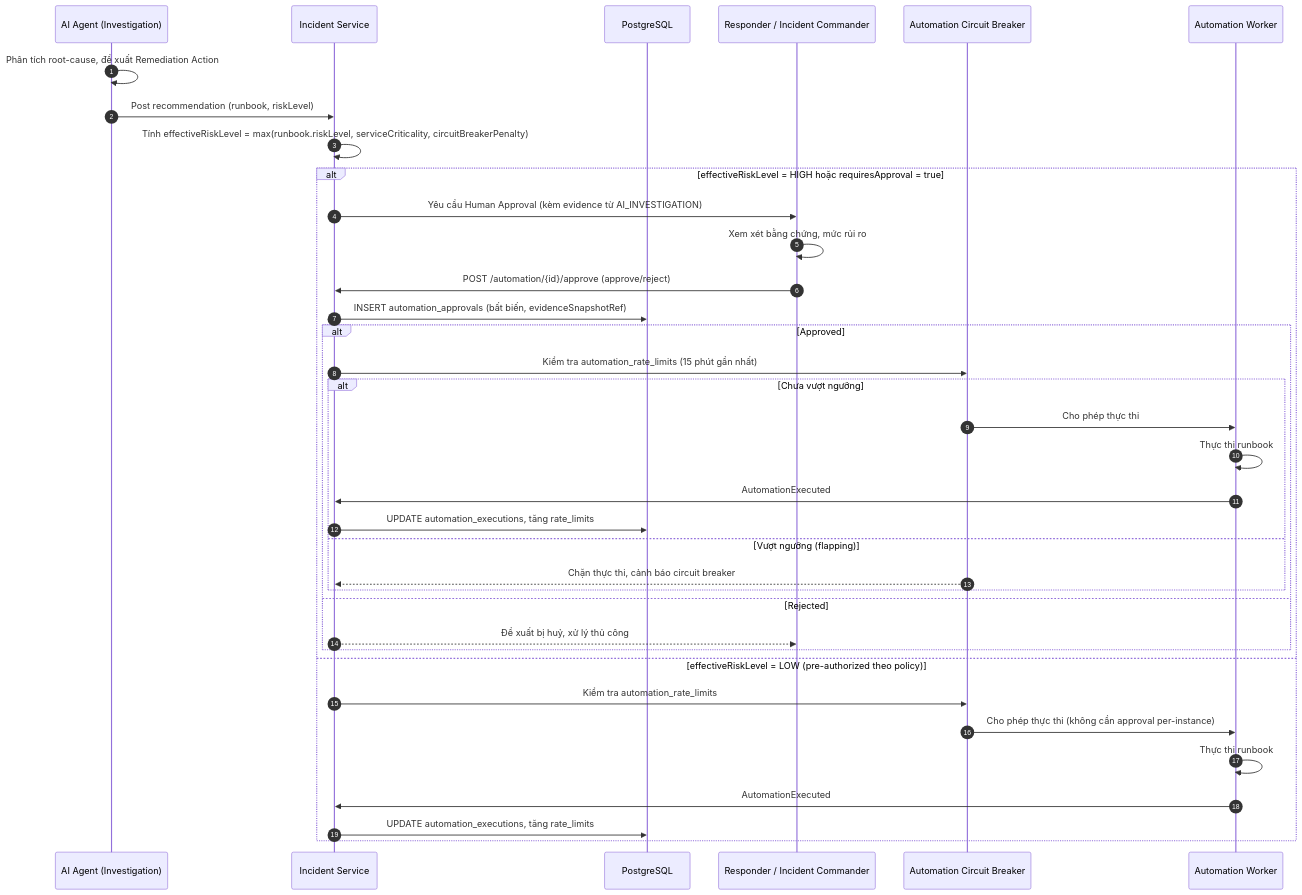
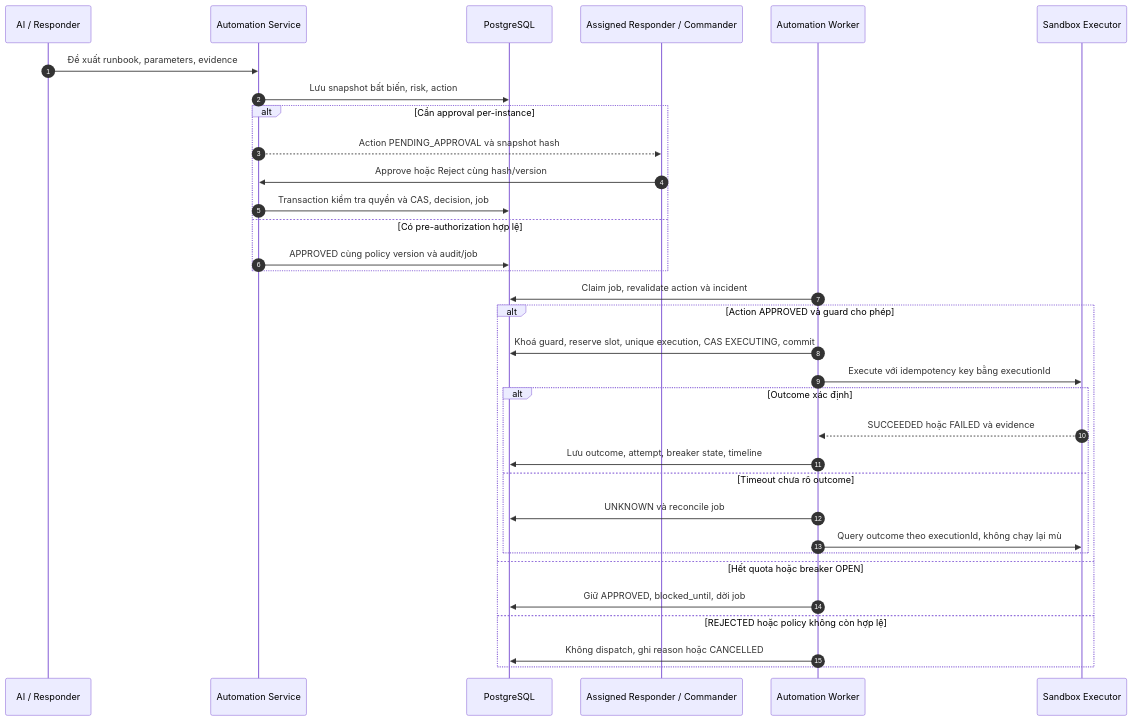
Before and after one commit to NguyenBao0305/Intelligent-Incident-Reliability-Operations-Platform: the seventh of 16 diagrams in README.md, drawn with Mermaid. The commit also changed other lines of this file, not shown here.

````diff
--- a/README.md
+++ b/README.md
@@ -856,42 +772,35 @@
 ```mermaid
 sequenceDiagram
     autonumber
-    participant AI as AI Agent (Investigation)
-    participant INC as Incident Service
+    participant AI as AI / Responder
+    participant API as Automation Service
     participant DB as PostgreSQL
-    participant RESP as Responder / Incident Commander
-    participant CB as Automation Circuit Breaker
-    participant AUTO as Automation Worker
-
-    AI->>AI: Phân tích root-cause, đề xuất Remediation Action
-    AI->>INC: Post recommendation (runbook, riskLevel)
-    INC->>INC: Tính effectiveRiskLevel = max(runbook.riskLevel, serviceCriticality, circuitBreakerPenalty)
-
-    alt effectiveRiskLevel = HIGH hoặc requiresApproval = true
-        INC->>RESP: Yêu cầu Human Approval (kèm evidence từ AI_INVESTIGATION)
-        RESP->>RESP: Xem xét bằng chứng, mức rủi ro
-        RESP->>INC: POST /automation/{id}/approve (approve/reject)
-        INC->>DB: INSERT automation_approvals (bất biến, evidenceSnapshotRef)
-
-        alt Approved
-            INC->>CB: Kiểm tra automation_rate_limits (15 phút gần nhất)
-            alt Chưa vượt ngưỡng
-                CB->>AUTO: Cho phép thực thi
-                AUTO->>AUTO: Thực thi runbook
-                AUTO->>INC: AutomationExecuted
-                INC->>DB: UPDATE automation_executions, tăng rate_limits
-            else Vượt ngưỡng (flapping)
-                CB-->>INC: Chặn thực thi, cảnh báo circuit breaker
-            end
-        else Rejected
-            INC-->>RESP: Đề xuất bị huỷ, xử lý thủ công
+    participant HUM as Assigned Responder / Commander
+    participant W as Automation Worker
+    participant EX as Sandbox Executor
+    AI->>API: Đề xuất runbook, parameters, evidence
+    API->>DB: Lưu snapshot bất biến, risk, action
+    alt Cần approval per-instance
+        API-->>HUM: Action PENDING_APPROVAL và snapshot hash
+        HUM->>API: Approve hoặc Reject cùng hash/version
+        API->>DB: Transaction kiểm tra quyền và CAS, decision, job
+    else Có pre-authorization hợp lệ
+        API->>DB: APPROVED cùng policy version và audit/job
+    end
+    W->>DB: Claim job, revalidate action và incident
+    alt Action APPROVED và guard cho phép
+        W->>DB: Khoá guard, reserve slot, unique execution, CAS EXECUTING, commit
+        W->>EX: Execute với idempotency key bằng executionId
+        alt Outcome xác định
+            EX-->>W: SUCCEEDED hoặc FAILED và evidence
+            W->>DB: Lưu outcome, attempt, breaker state, timeline
+        else Timeout chưa rõ outcome
+            W->>DB: UNKNOWN và reconcile job
+            W->>EX: Query outcome theo executionId, không chạy lại mù
         end
-
-    else effectiveRiskLevel = LOW (pre-authorized theo policy)
-        INC->>CB: Kiểm tra automation_rate_limits
-        CB->>AUTO: Cho phép thực thi (không cần approval per-instance)
-        AUTO->>AUTO: Thực thi runbook
-        AUTO->>INC: AutomationExecuted
-        INC->>DB: UPDATE automation_executions, tăng rate_limits
+    else Hết quota hoặc breaker OPEN
+        W->>DB: Giữ APPROVED, blocked_until, dời job
+    else REJECTED hoặc policy không còn hợp lệ
+        W->>DB: Không dispatch, ghi reason hoặc CANCELLED
     end
 ```
````
